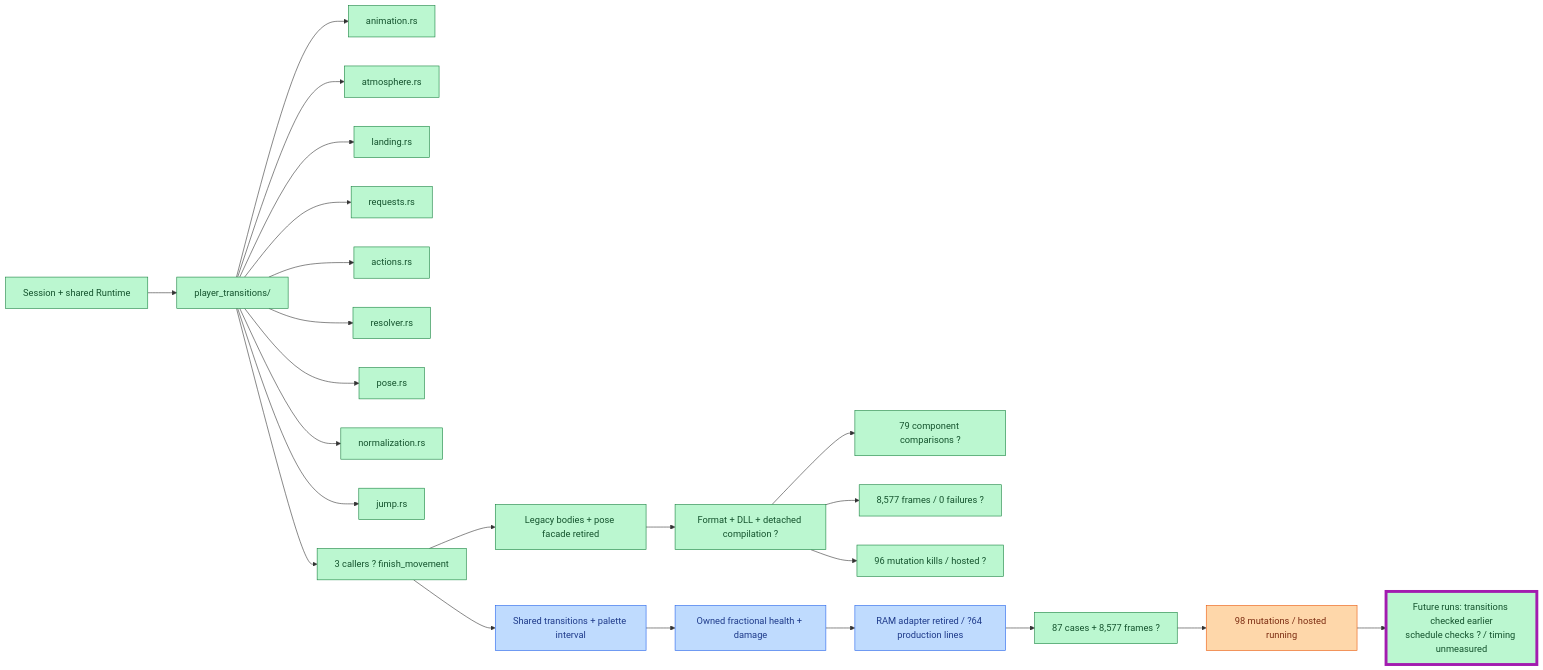
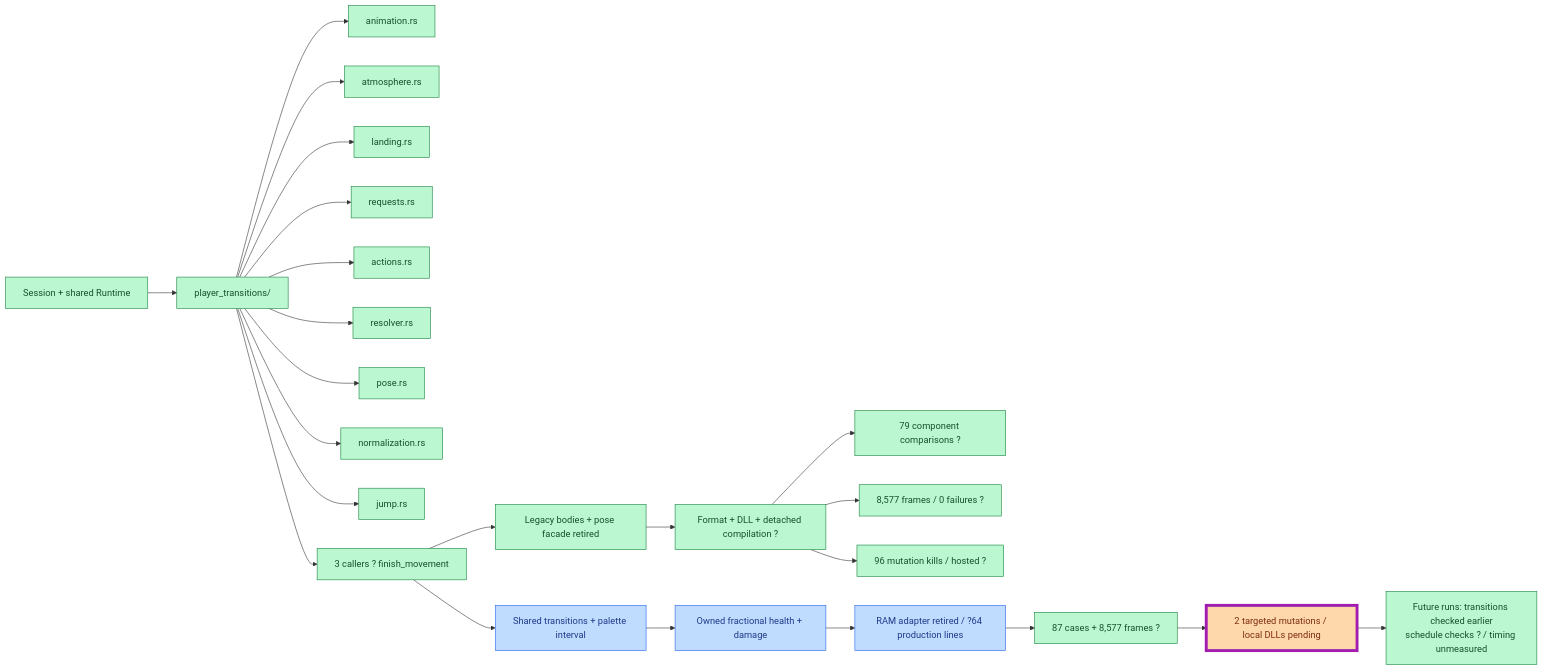
One commit to JimLundin/sm-decomp changed the second of 24 diagrams in PROGRESS.md. Above: the diagram before and after it, drawn with Mermaid. The commit also changed 1 other file, not shown here.

Commit message:
Make local coverage authoritative for migration adoption
Record user direction: no routine CI monitoring or CI adoption gates. Use local builds, exercised comparisons and permitted DLL mutation execution; hosted experiments only for checks genuinely unavailable on this Windows host. Preserve Windows security restrictions. Settlement now awaits local targeted mutations rather than hosted completion.

````diff
--- a/PROGRESS.md
+++ b/PROGRESS.md
@@ -27,30 +27,30 @@
 ```mermaid
 flowchart LR
     SESSION["Session + shared Runtime"]:::done --> CORE["player_transitions/"]:::done
     CORE --> A["animation.rs"]:::done
     CORE --> B["atmosphere.rs"]:::done
     CORE --> C["landing.rs"]:::done
     CORE --> D["requests.rs"]:::done
     CORE --> E["actions.rs"]:::done
     CORE --> F["resolver.rs"]:::done
     CORE --> G["pose.rs"]:::done
     CORE --> H["normalization.rs"]:::done
     CORE --> I["jump.rs"]:::done
     CORE --> CALL["3 callers ? finish_movement"]:::done
     CALL --> RET["Legacy bodies + pose facade retired"]:::done
     RET --> BUILD["Format + DLL + detached compilation ?"]:::done
     BUILD --> CASES["79 component comparisons ?"]:::done
     BUILD --> MOVIE["8,577 frames / 0 failures ?"]:::done
     BUILD --> MUT["96 mutation kills / hosted ?"]:::done
     CALL --> NEXT["Shared transitions + palette interval"]:::draft
     NEXT --> DAMAGE["Owned fractional health + damage"]:::draft
     DAMAGE --> DEL["RAM adapter retired / ?64 production lines"]:::draft
     DEL --> LOCAL["87 cases + 8,577 frames ?"]:::done
-    LOCAL --> CI["98 mutations / hosted running"]:::active
+    LOCAL --> CI["2 targeted mutations / local DLLs pending"]:::active
     CI --> ORDER["Future runs: transitions checked earlier<br/>schedule checks ? / timing unmeasured"]:::done
-    class ORDER changed
+    class CI changed
     classDef done fill:#bbf7d0,stroke:#15803d,color:#14532d
     classDef draft fill:#bfdbfe,stroke:#2563eb,color:#1e3a8a
     classDef active fill:#fed7aa,stroke:#ea580c,color:#7c2d12
     classDef changed stroke:#a21caf,stroke-width:5px
 ```
````
